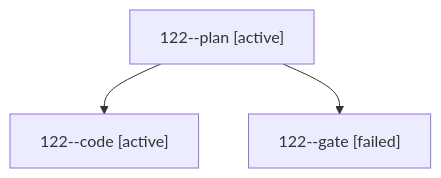
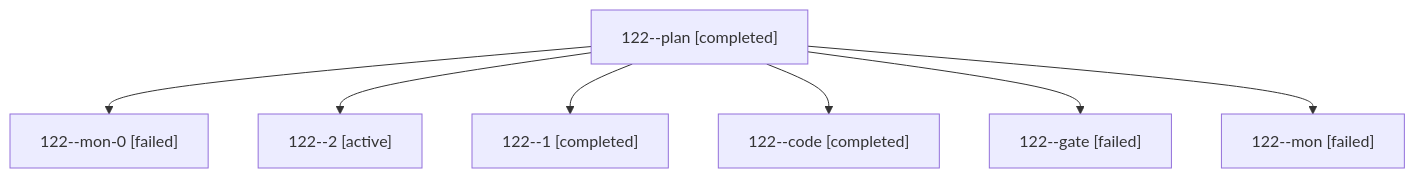
Before and after one commit to bobs-org/bob-cli--agents: the diagram in sessions/bbugyi200.athena.122.md, drawn with Mermaid. The commit also changed other lines of this file and 70 other files, not shown here.

````diff
--- a/sessions/bbugyi200.athena.122.md
+++ b/sessions/bbugyi200.athena.122.md
@@ -9,8 +9,16 @@
 ```mermaid
 flowchart TD
-  n0["122--plan [active]"]
-  n1["122--code [active]"]
+  n0["122--plan [completed]"]
+  n1["122--mon-0 [failed]"]
   n0 --> n1
-  n2["122--gate [failed]"]
+  n2["122--2 [active]"]
   n0 --> n2
+  n3["122--1 [completed]"]
+  n0 --> n3
+  n4["122--code [completed]"]
+  n0 --> n4
+  n5["122--gate [failed]"]
+  n0 --> n5
+  n6["122--mon [failed]"]
+  n0 --> n6
 ```
````
